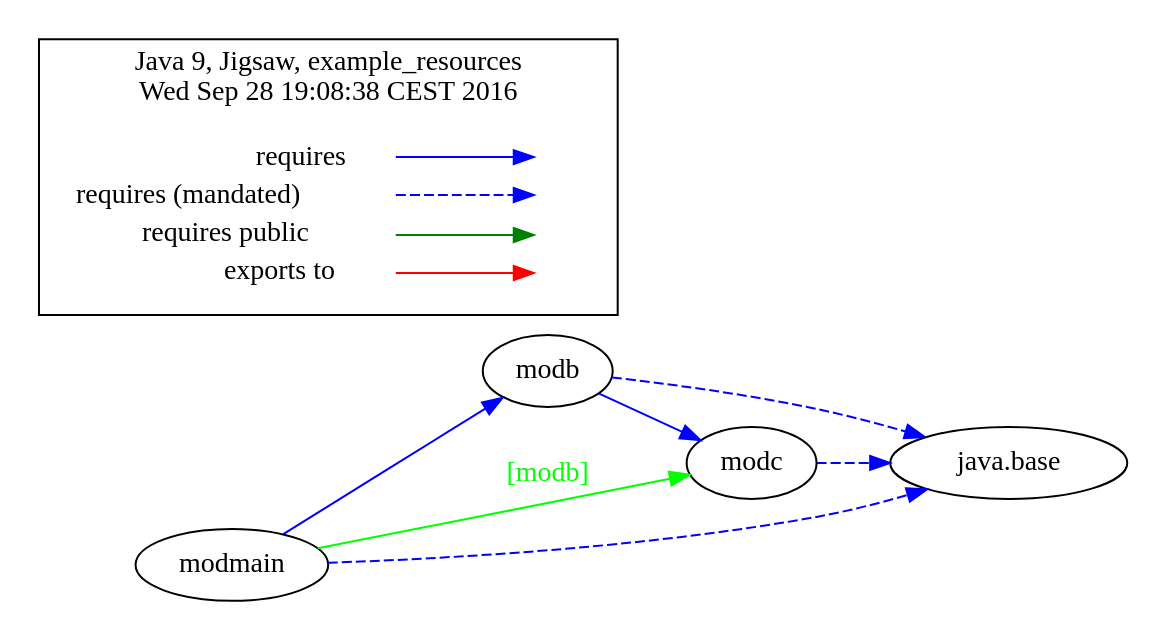
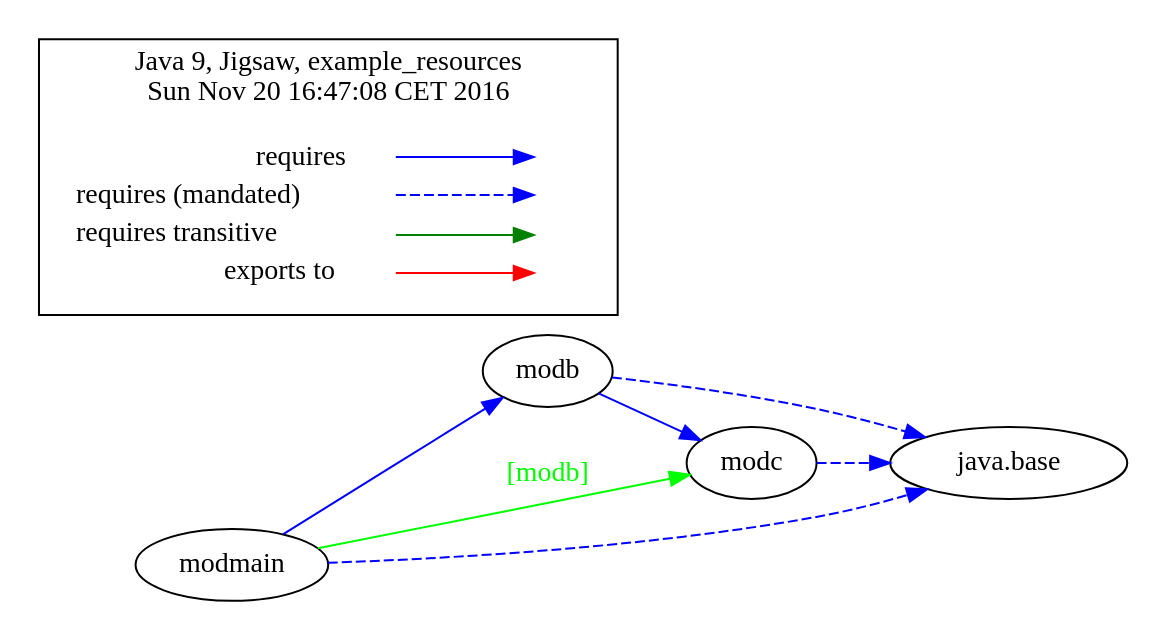
Before and after one commit to accso/java9-jigsaw-examples: the diagram in jigsaw-examples/example_resources/moduledependencies-withlegend.dot, drawn with Graphviz. The commit also changed 84 other files, not shown here.

```diff
--- a/jigsaw-examples/example_resources/moduledependencies-withlegend.dot
+++ b/jigsaw-examples/example_resources/moduledependencies-withlegend.dot
@@ -1,36 +1,36 @@
-# Created by depvis.JigsawDepVisualizer on Wed Sep 28 19:08:38 CEST 2016
+# Created by depvis.JigsawDepVisualizer on Sun Nov 20 16:47:08 CET 2016
 digraph Java9_Dependency_Visualizer {
 modb[fontname="Consolas",shape="ellipse",label="modb"];
 modc[fontname="Consolas",shape="ellipse",label="modc"];
 java_base[fontname="Consolas",shape="ellipse",label="java.base"];
 modmain[fontname="Consolas",shape="ellipse",label="modmain"];
 modb -> modc[color="#0000ff",fontname="Consolas",fontcolor="#0000ff",weight="8"]
 modb -> java_base[color="#0000ff",fontname="Consolas",fontcolor="#0000ff",style="dashed",weight="16"]
 modmain -> modb[color="#0000ff",fontname="Consolas",fontcolor="#0000ff",weight="8"]
 modmain -> java_base[color="#0000ff",fontname="Consolas",fontcolor="#0000ff",style="dashed",weight="16"]
 modmain -> modc[color="#00ff00",fontname="Consolas",fontcolor="#00ff00",weight="4",label="[modb]"]
 modc -> java_base[color="#0000ff",fontname="Consolas",fontcolor="#0000ff",style="dashed",weight="16"]
 rankdir=LR
 node [shape=plaintext]
 subgraph cluster_01 { 
   label = "Java 9, Jigsaw, example_resources
-Wed Sep 28 19:08:38 CEST 2016"
+Sun Nov 20 16:47:08 CET 2016"
   fontname="Consolas"
   key [label=<<table border="0" cellpadding="2" cellspacing="0" cellborder="0">
     <tr><td align="right" port="i1">requires</td></tr>
     <tr><td align="right" port="i2">requires (mandated)</td></tr>
-    <tr><td align="right" port="i3">requires public</td></tr>
+    <tr><td align="right" port="i3">requires transitive</td></tr>
     <tr><td align="right" port="i4">exports to</td></tr>
     </table>>,fontname="Consolas"]
   key2 [label=<<table border="0" cellpadding="2" cellspacing="0" cellborder="0">
     <tr><td port="i1">&nbsp;</td></tr>
     <tr><td port="i2">&nbsp;</td></tr>
     <tr><td port="i3">&nbsp;</td></tr>
     <tr><td port="i4">&nbsp;</td></tr>
     </table>>,fontname="Consolas"]
   key:i1:e -> key2:i1:w [color=BLUE]
   key:i2:e -> key2:i2:w [color=BLUE, style=dashed]
   key:i3:e -> key2:i3:w [color=GREEN]
   key:i4:e -> key2:i4:w [color=RED]
 }
 }
```
